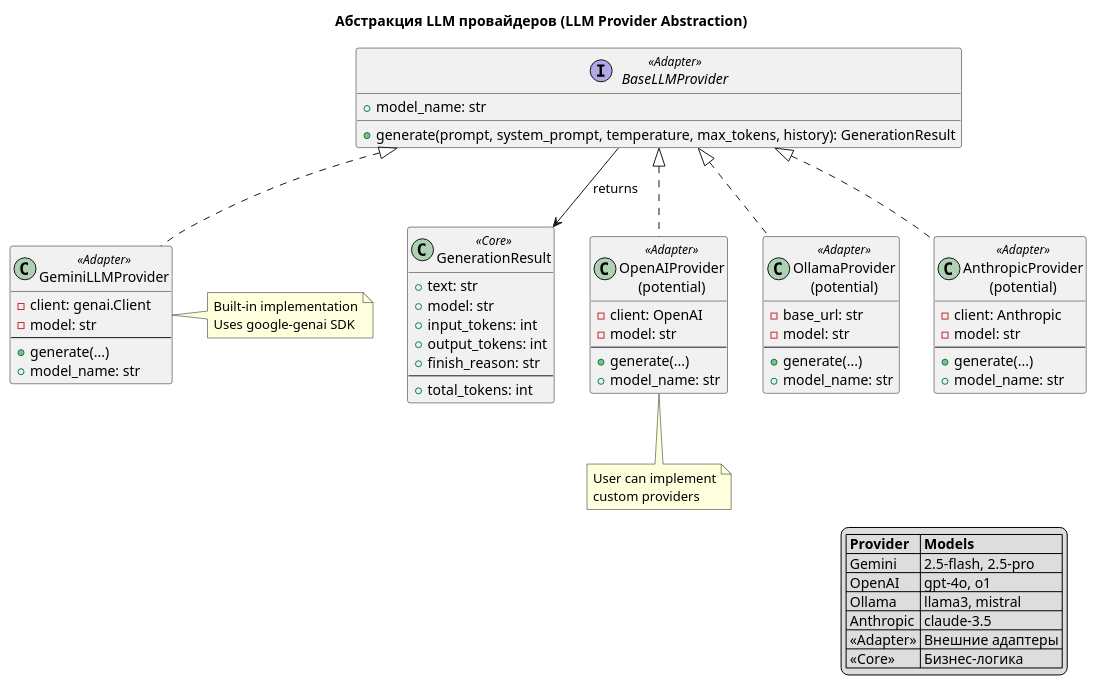
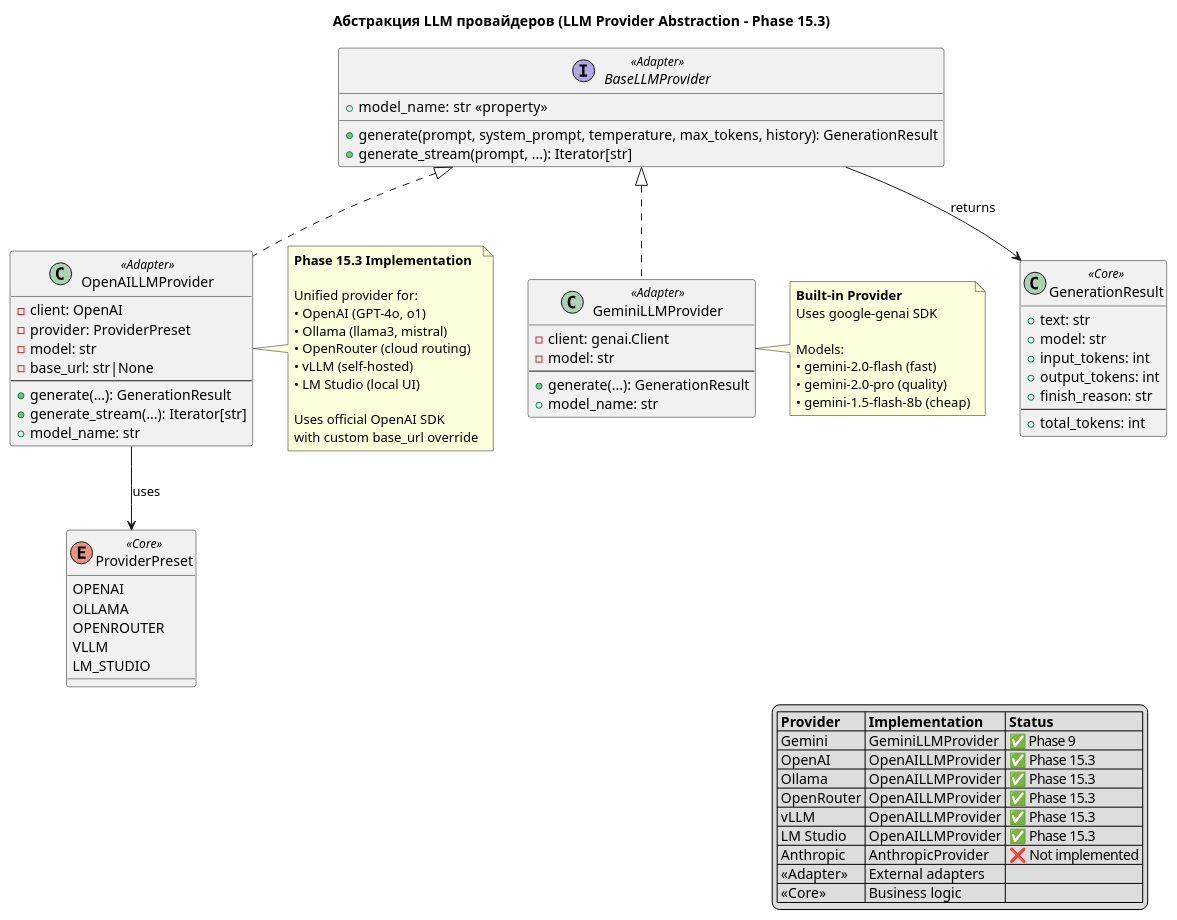
The diagram in docs/diagrams/llm-provider-class_v2.puml (VladimirMonin/poc_vector_sqlite), drawn with PlantUML before and after one commit. The commit also changed 26 other files, not shown here.

First line of the commit message:
docs: Пересоздание PlantUML диаграмм без стилизации

```diff
--- a/docs/diagrams/llm-provider-class_v2.puml
+++ b/docs/diagrams/llm-provider-class_v2.puml
@@ -1,77 +1,90 @@
 @startuml
-title Абстракция LLM провайдеров (LLM Provider Abstraction)
+title Абстракция LLM провайдеров (LLM Provider Abstraction - Phase 15.3)
 
 interface BaseLLMProvider <<Adapter>> {
     +generate(prompt, system_prompt, temperature, max_tokens, history): GenerationResult
-    +model_name: str
+    +generate_stream(prompt, ...): Iterator[str]
+    +model_name: str  <<property>>
 }
 
 class GenerationResult <<Core>> {
     +text: str
     +model: str
     +input_tokens: int
     +output_tokens: int
     +finish_reason: str
     --
     +total_tokens: int
 }
 
 class GeminiLLMProvider <<Adapter>> {
     -client: genai.Client
     -model: str
     --
-    +generate(...)
+    +generate(...): GenerationResult
     +model_name: str
 }
 
-class "OpenAIProvider\n(potential)" as openai <<Adapter>> {
+class OpenAILLMProvider <<Adapter>> {
     -client: OpenAI
+    -provider: ProviderPreset
     -model: str
+    -base_url: str|None
     --
-    +generate(...)
+    +generate(...): GenerationResult
+    +generate_stream(...): Iterator[str]
     +model_name: str
 }
 
-class "OllamaProvider\n(potential)" as ollama <<Adapter>> {
-    -base_url: str
-    -model: str
-    --
-    +generate(...)
-    +model_name: str
+enum ProviderPreset <<Core>> {
+    OPENAI
+    OLLAMA
+    OPENROUTER
+    VLLM
+    LM_STUDIO
 }
 
-class "AnthropicProvider\n(potential)" as anthropic <<Adapter>> {
-    -client: Anthropic
-    -model: str
-    --
-    +generate(...)
-    +model_name: str
-}
+note right of OpenAILLMProvider
+    **Phase 15.3 Implementation**
+    
+    Unified provider for:
+    • OpenAI (GPT-4o, o1)
+    • Ollama (llama3, mistral)
+    • OpenRouter (cloud routing)
+    • vLLM (self-hosted)
+    • LM Studio (local UI)
+    
+    Uses official OpenAI SDK
+    with custom base_url override
+end note
 
 BaseLLMProvider <|.. GeminiLLMProvider
-BaseLLMProvider <|.. openai
-BaseLLMProvider <|.. ollama
-BaseLLMProvider <|.. anthropic
+BaseLLMProvider <|.. OpenAILLMProvider
+
+OpenAILLMProvider --> ProviderPreset : uses
 
 BaseLLMProvider --> GenerationResult : returns
 
 note right of GeminiLLMProvider
-    Built-in implementation
+    **Built-in Provider**
     Uses google-genai SDK
-end note
-
-note bottom of openai
-    User can implement
-    custom providers
+    
+    Models:
+    • gemini-2.0-flash (fast)
+    • gemini-2.0-pro (quality)
+    • gemini-1.5-flash-8b (cheap)
 end note
 
 legend right
-    |= Provider |= Models |
-    | Gemini | 2.5-flash, 2.5-pro |
-    | OpenAI | gpt-4o, o1 |
-    | Ollama | llama3, mistral |
-    | Anthropic | claude-3.5 |
-    | <<Adapter>> | Внешние адаптеры |
-    | <<Core>> | Бизнес-логика |
+    |= Provider |= Implementation |= Status |
+    | Gemini | GeminiLLMProvider | ✅ Phase 9 |
+    | OpenAI | OpenAILLMProvider | ✅ Phase 15.3 |
+    | Ollama | OpenAILLMProvider | ✅ Phase 15.3 |
+    | OpenRouter | OpenAILLMProvider | ✅ Phase 15.3 |
+    | vLLM | OpenAILLMProvider | ✅ Phase 15.3 |
+    | LM Studio | OpenAILLMProvider | ✅ Phase 15.3 |
+    | Anthropic | AnthropicProvider | ❌ Not implemented |
+    | <<Adapter>> | External adapters | |
+    | <<Core>> | Business logic | |
 endlegend
 @enduml
```
